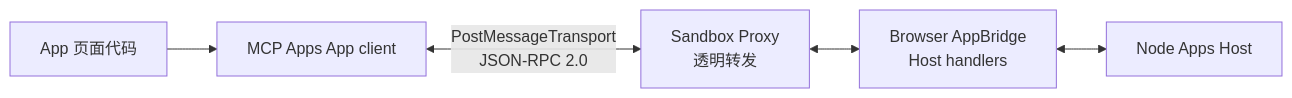
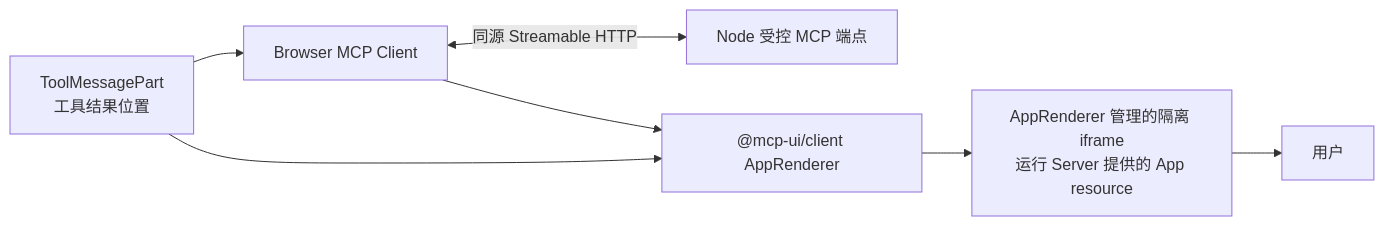
Before and after one commit to glide-the/im-dream: the first of 4 diagrams in docs/design/claude-agent/mcp-apps-iframe-interaction.md, drawn with Mermaid. The commit also changed other lines of this file and 7 other files, not shown here.

Commit message:
docs: converge MCP Apps host design

````diff
--- a/docs/design/claude-agent/mcp-apps-iframe-interaction.md
+++ b/docs/design/claude-agent/mcp-apps-iframe-interaction.md
@@ -82,7 +91,9 @@
 ```mermaid
 flowchart LR
-    APP["App 页面代码"] --> CLIENT["MCP Apps App client"]
-    CLIENT <-->|"PostMessageTransport<br/>JSON-RPC 2.0"| PROXY["Sandbox Proxy<br/>透明转发"]
-    PROXY <--> BRIDGE["Browser AppBridge<br/>Host handlers"]
-    BRIDGE <--> NODE["Node Apps Host"]
+    T["ToolMessagePart<br/>工具结果位置"] --> C["Browser MCP Client"]
+    C <-->|"同源 Streamable HTTP"| N["Node 受控 MCP 端点"]
+    T --> R["@mcp-ui/client AppRenderer"]
+    C --> R
+    R --> I["AppRenderer 管理的隔离 iframe<br/>运行 Server 提供的 App resource"]
+    I --> U["用户"]
 ```
````
